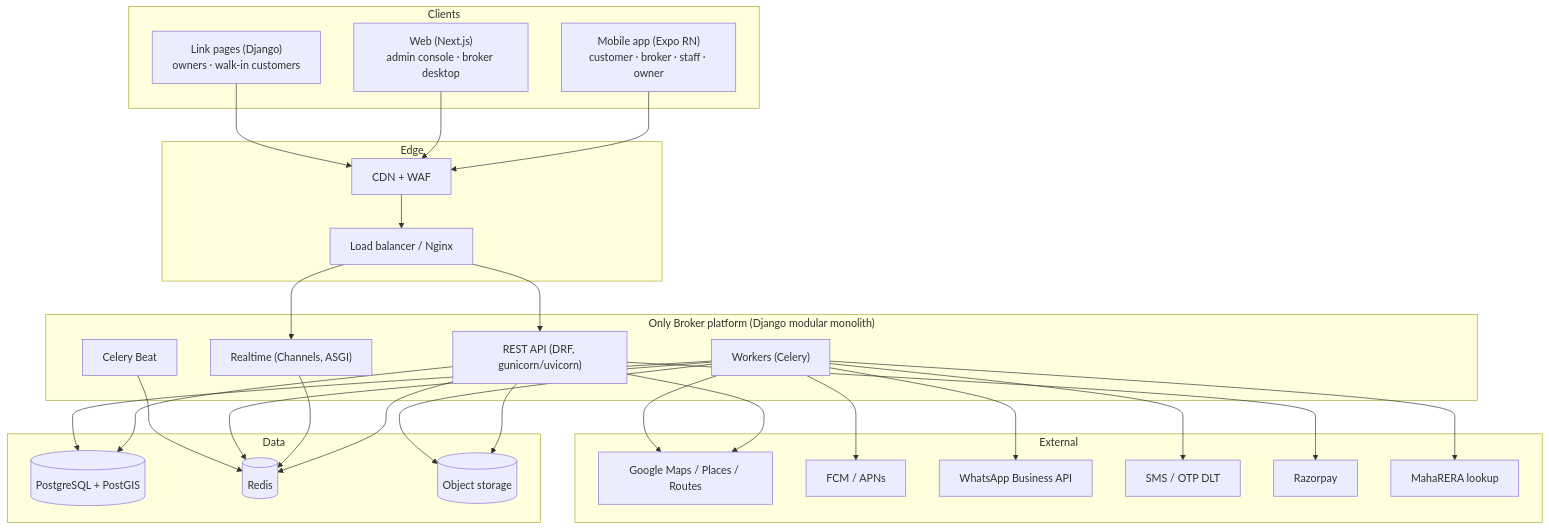
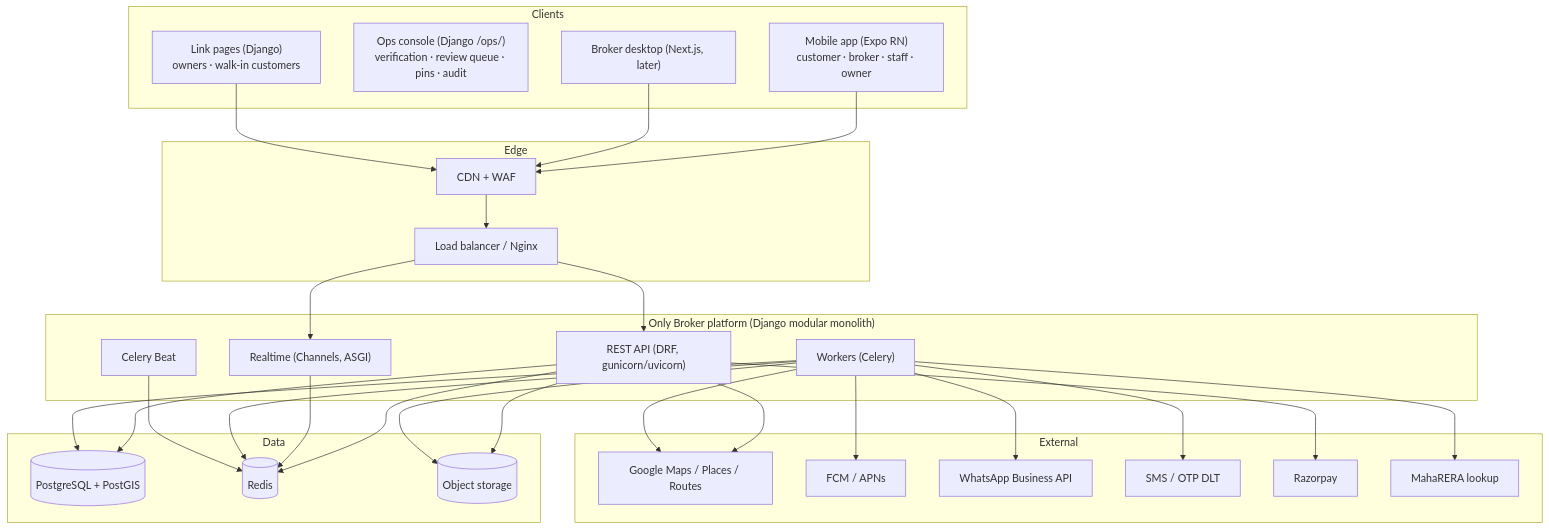
Before and after one commit to weshallrain95-cpu/SocietyManagement: the first of 3 diagrams in broker-only/docs/04-architecture.md, drawn with Mermaid. The commit also changed other lines of this file and 24 other files, not shown here.

````diff
--- a/broker-only/docs/04-architecture.md
+++ b/broker-only/docs/04-architecture.md
@@ -49,51 +50,52 @@
 ```mermaid
 flowchart TB
   subgraph Clients
     MA["Mobile app (Expo RN)<br/>customer · broker · staff · owner"]
-    WEB["Web (Next.js)<br/>admin console · broker desktop"]
+    OPS["Ops console (Django /ops/)<br/>verification · review queue · pins · audit"]
+    WEB["Broker desktop (Next.js, later)"]
     LP["Link pages (Django)<br/>owners · walk-in customers"]
   end
   subgraph Edge
     CDN[CDN + WAF]
     LB[Load balancer / Nginx]
   end
   subgraph Core["Only Broker platform (Django modular monolith)"]
     API["REST API (DRF, gunicorn/uvicorn)"]
     WS["Realtime (Channels, ASGI)"]
     WK["Workers (Celery)"]
     BEAT[Celery Beat]
   end
   subgraph Data
     PG[("PostgreSQL + PostGIS")]
     RD[("Redis")]
     S3[("Object storage")]
   end
   subgraph External
     GM[Google Maps / Places / Routes]
     FCM[FCM / APNs]
     WA[WhatsApp Business API]
     SMS[SMS / OTP DLT]
     PAY[Razorpay]
     RERA[MahaRERA lookup]
   end
   MA --> CDN --> LB
   WEB --> CDN
   LP --> CDN
   LB --> API
   LB --> WS
   API --> PG
   API --> RD
   API --> S3
   WS --> RD
   WK --> PG
   WK --> RD
   WK --> S3
   BEAT --> RD
   WK --> FCM
   WK --> WA
   WK --> SMS
   API --> GM
   WK --> GM
   API --> PAY
   WK --> RERA
 ```
````
